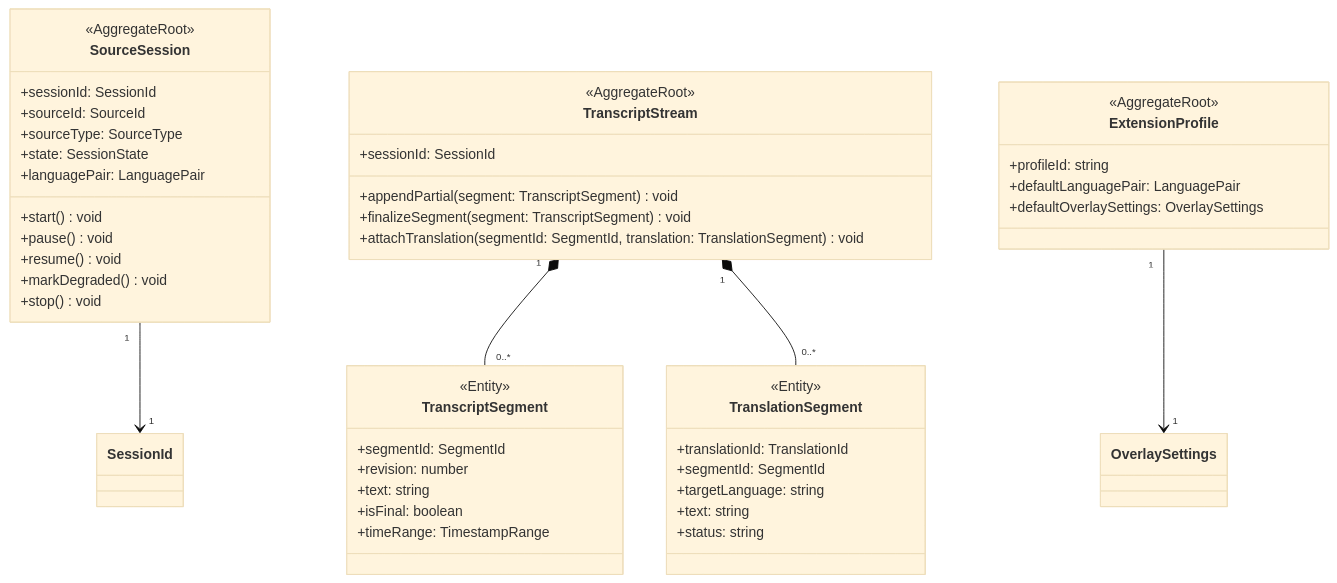
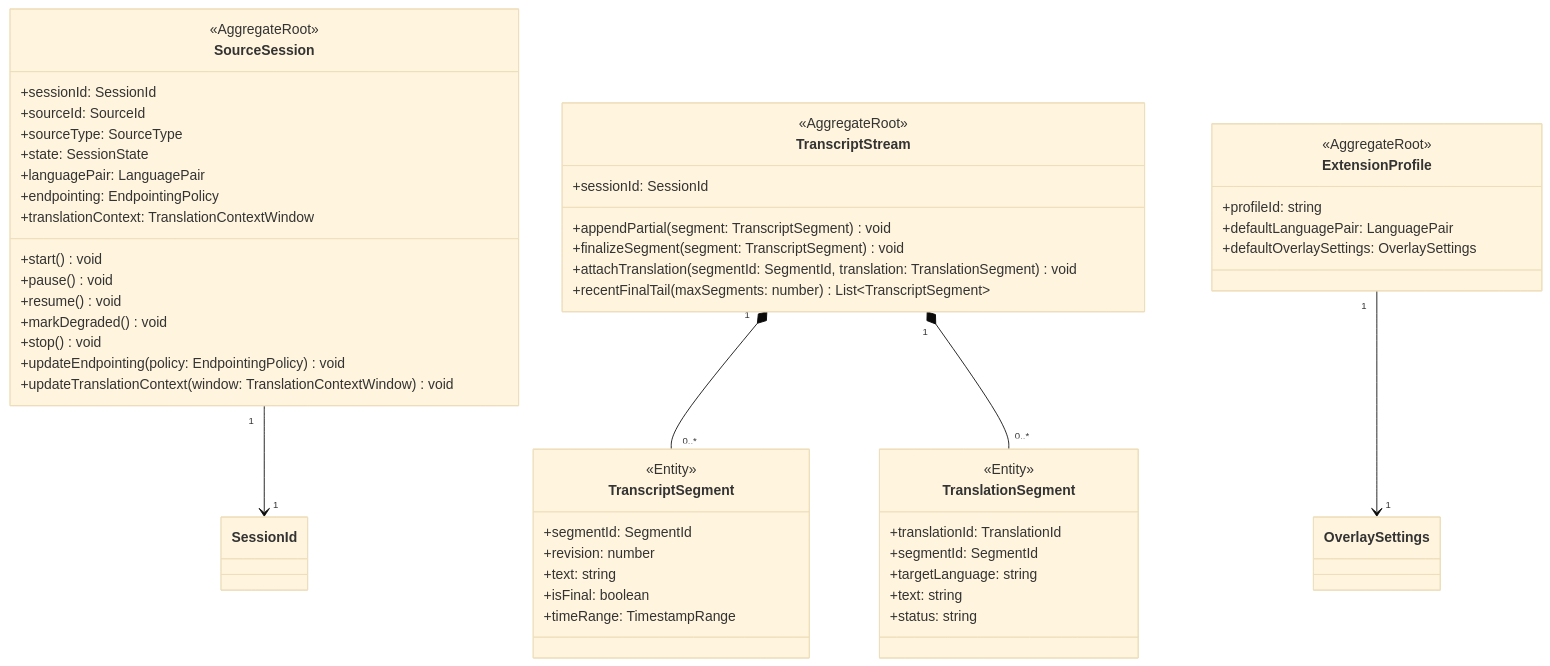
One commit to lihs-ie/perapera changed the second of 4 diagrams in docs/in-progress/03-detailed-design/domain.md. Above: the diagram before and after it, drawn with Mermaid (base theme). The commit also changed other lines of this file and 8 other files, not shown here.

````diff
--- a/docs/in-progress/03-detailed-design/domain.md
+++ b/docs/in-progress/03-detailed-design/domain.md
@@ -93,54 +95,59 @@
 ```mermaid
 classDiagram
     class SourceSession {
         <<AggregateRoot>>
         +sessionId: SessionId
         +sourceId: SourceId
         +sourceType: SourceType
         +state: SessionState
         +languagePair: LanguagePair
+        +endpointing: EndpointingPolicy
+        +translationContext: TranslationContextWindow
         +start() void
         +pause() void
         +resume() void
         +markDegraded() void
         +stop() void
+        +updateEndpointing(policy: EndpointingPolicy) void
+        +updateTranslationContext(window: TranslationContextWindow) void
     }
 
     class TranscriptStream {
         <<AggregateRoot>>
         +sessionId: SessionId
         +appendPartial(segment: TranscriptSegment) void
         +finalizeSegment(segment: TranscriptSegment) void
         +attachTranslation(segmentId: SegmentId, translation: TranslationSegment) void
+        +recentFinalTail(maxSegments: number) List~TranscriptSegment~
     }
 
     class TranscriptSegment {
         <<Entity>>
         +segmentId: SegmentId
         +revision: number
         +text: string
         +isFinal: boolean
         +timeRange: TimestampRange
     }
 
     class TranslationSegment {
         <<Entity>>
         +translationId: TranslationId
         +segmentId: SegmentId
         +targetLanguage: string
         +text: string
         +status: string
     }
 
     class ExtensionProfile {
         <<AggregateRoot>>
         +profileId: string
         +defaultLanguagePair: LanguagePair
         +defaultOverlaySettings: OverlaySettings
     }
 
     SourceSession "1" --> "1" SessionId
     TranscriptStream "1" *-- "0..*" TranscriptSegment
     TranscriptStream "1" *-- "0..*" TranslationSegment
     ExtensionProfile "1" --> "1" OverlaySettings
 ```
````
